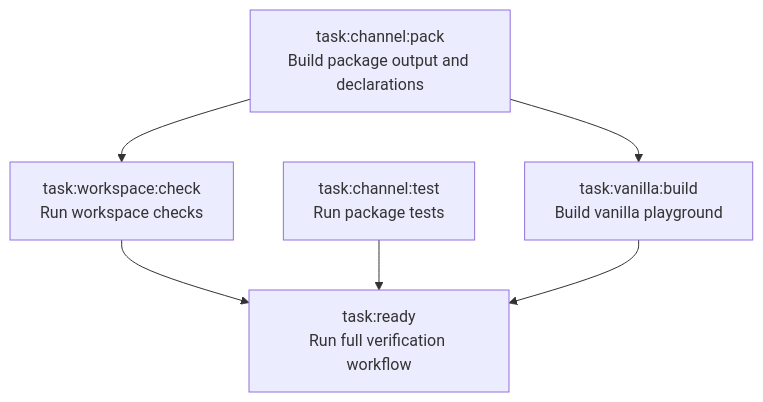
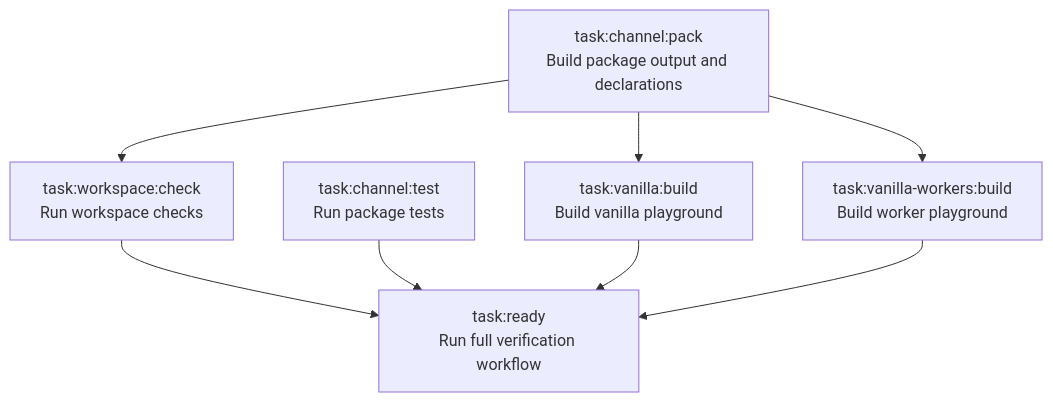
The diagram in README.md (blazeshomida/channel), drawn with Mermaid before and after one commit. The commit also changed other lines of this file and 12 other files, not shown here.

Commit message:
feat(playgrounds/vanilla-workers): ✨ add worker transport playground

````diff
--- a/README.md
+++ b/README.md
@@ -101,15 +117,18 @@
 ```mermaid
 flowchart TD
   channelPack["task:channel:pack<br/>Build package output and declarations"]
   workspaceCheck["task:workspace:check<br/>Run workspace checks"]
   channelTest["task:channel:test<br/>Run package tests"]
   vanillaBuild["task:vanilla:build<br/>Build vanilla playground"]
+  vanillaWorkersBuild["task:vanilla-workers:build<br/>Build worker playground"]
   ready["task:ready<br/>Run full verification workflow"]
 
   channelPack --> workspaceCheck
   channelPack --> vanillaBuild
+  channelPack --> vanillaWorkersBuild
 
   workspaceCheck --> ready
   channelTest --> ready
   vanillaBuild --> ready
+  vanillaWorkersBuild --> ready
 ```
````
